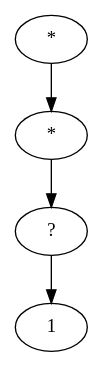
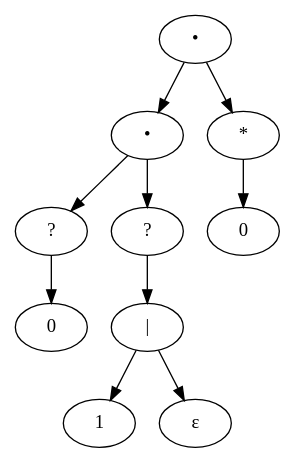
The diagram in tree.gv (Yong-Park/Lab_A_DL_UVG_2023), drawn with Graphviz before and after one commit. The commit also changed 22 other files, not shown here.

```diff
--- a/tree.gv
+++ b/tree.gv
@@ -1,9 +1,21 @@
 digraph {
-	1766048734688 [label="*"]
-	1766048734688 -> 1766048734592
-	1766048734592 [label="*"]
-	1766048734592 -> 1766048734496
-	1766048734496 [label="?"]
-	1766048734496 -> 1766048734400
-	1766048734400 [label=1]
+	27842192 [label="•"]
+	27842192 -> 27841904
+	27841904 [label="•"]
+	27841904 -> 27841424
+	27841424 [label="?"]
+	27841424 -> 27841328
+	27841328 [label=0]
+	27841904 -> 27841808
+	27841808 [label="?"]
+	27841808 -> 27841712
+	27841712 [label="|"]
+	27841712 -> 27841520
+	27841520 [label=1]
+	27841712 -> 27841616
+	27841616 [label="ε"]
+	27842192 -> 27842096
+	27842096 [label="*"]
+	27842096 -> 27842000
+	27842000 [label=0]
 }
```
